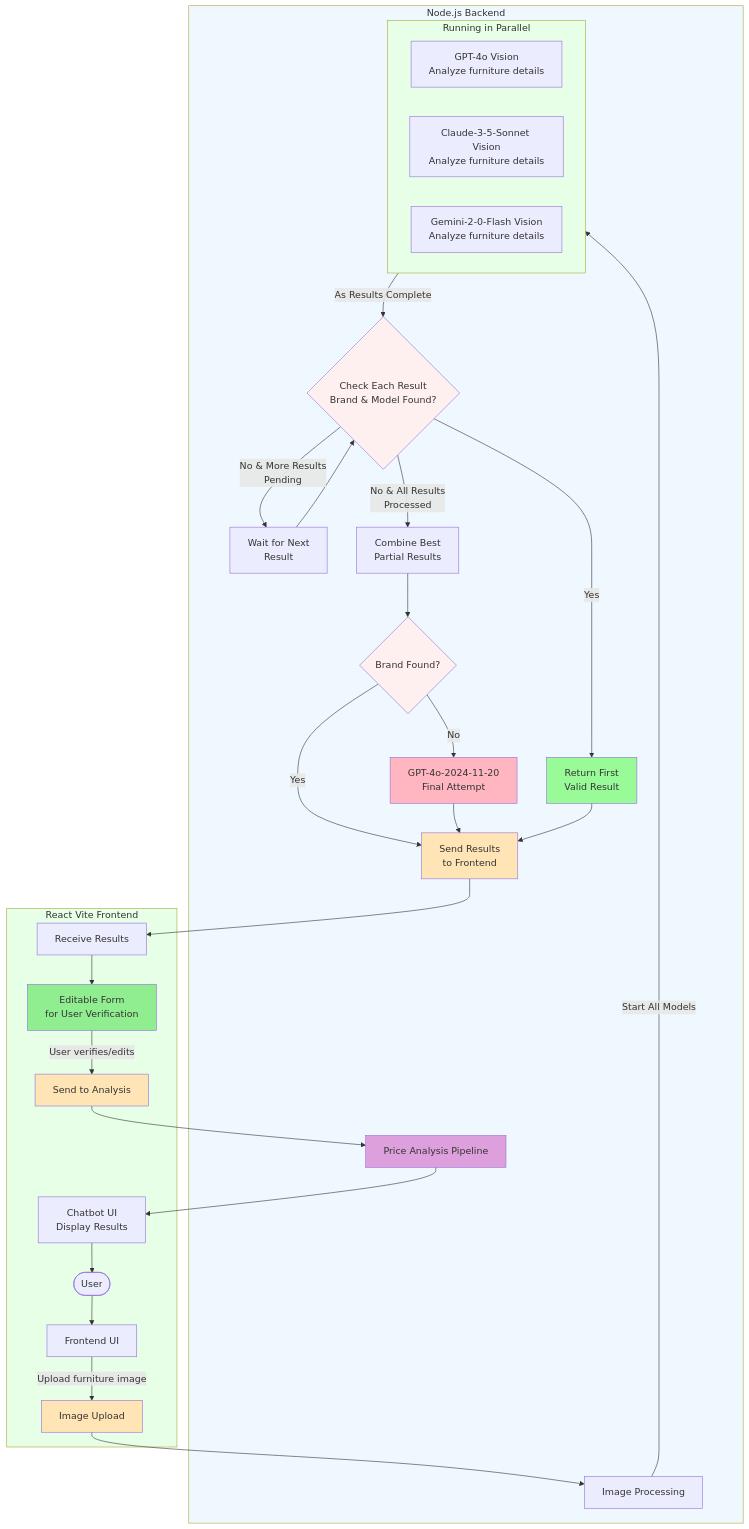
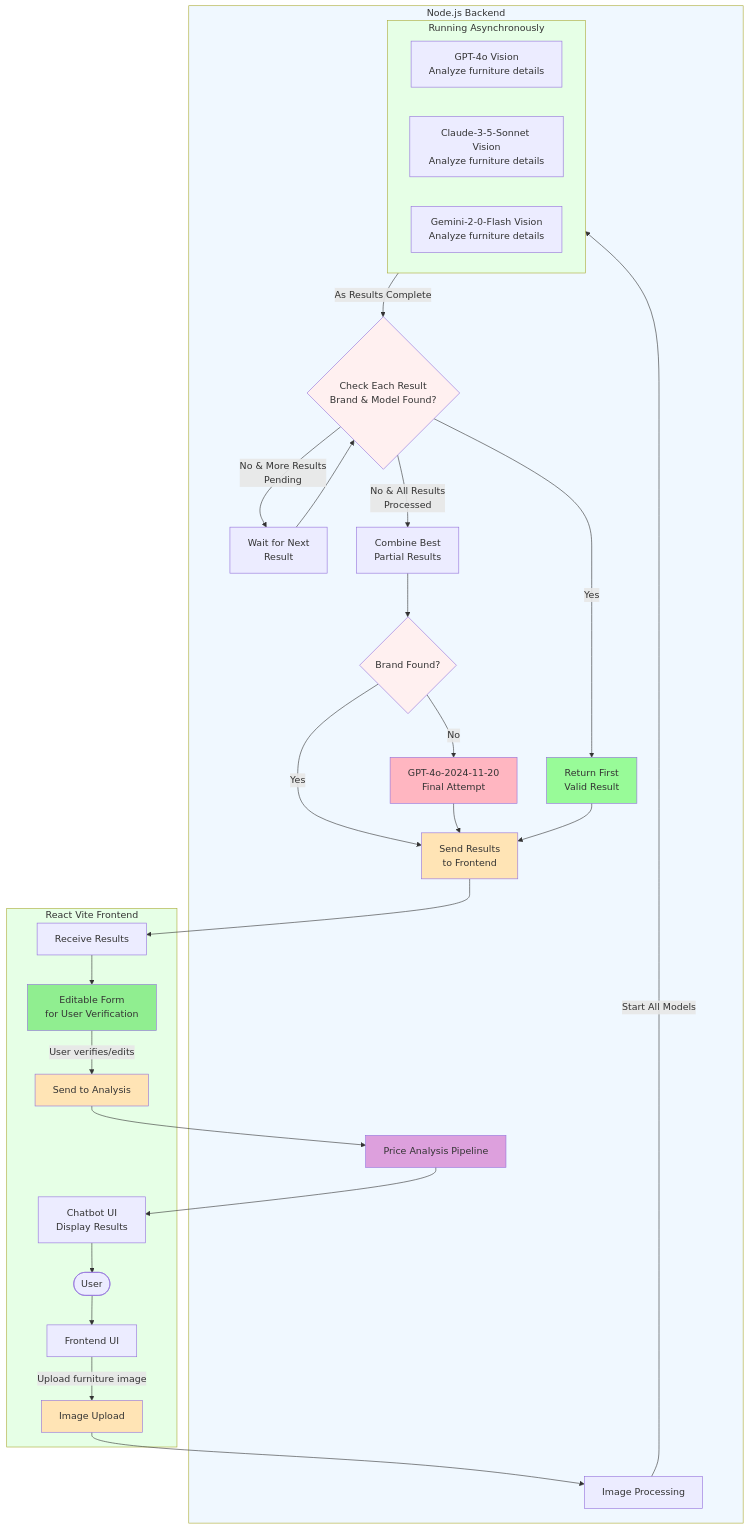
Before and after one commit to team-alya/kaluste-backend: the first of 2 diagrams in README.md, drawn with Mermaid.

Commit message:
update flowChart

````diff
--- a/README.md
+++ b/README.md
@@ -244,58 +244,58 @@
 ```mermaid
 flowchart TD
     User([User])
 
     subgraph FrontendProcessing[React Vite Frontend]
         User --> FrontendUI[Frontend UI]
         FrontendUI -->|Upload furniture image| ImageUpload[Image Upload]
         ResultsReceived[Receive Results] --> EditableForm[Editable Form<br>for User Verification]
         EditableForm -->|User verifies/edits| SendToAnalysis[Send to Analysis]
         Chatbot[Chatbot UI<br>Display Results] --> User
     end
 
     ImageUpload --> ImageProcess[Image Processing]
 
     subgraph NodeBackend[Node.js Backend]
         ImageProcess --> |Start All Models| AsyncModels[Async Vision Models]
 
-        subgraph AsyncModels[Running in Parallel]
+        subgraph AsyncModels[Running Asynchronously]
             direction LR
             GPT4[GPT-4o Vision<br>Analyze furniture details]
             Claude[Claude-3-5-Sonnet Vision<br>Analyze furniture details]
             Gemini[Gemini-2-0-Flash Vision<br>Analyze furniture details]
         end
 
         AsyncModels --> |As Results Complete| ResultCheck{Check Each Result<br>Brand & Model Found?}
 
         ResultCheck -->|Yes| StopAndUse[Return First<br>Valid Result]
         ResultCheck -->|No & More Results<br>Pending| WaitNext[Wait for Next<br>Result]
         WaitNext --> ResultCheck
 
         ResultCheck -->|No & All Results<br>Processed| CombineResults[Combine Best<br>Partial Results]
 
         CombineResults --> CheckBrand{Brand Found?}
         CheckBrand -->|Yes| SendToFrontend[Send Results<br>to Frontend]
         CheckBrand -->|No| FinalGPT4[GPT-4o-2024-11-20<br>Final Attempt]
         FinalGPT4 --> SendToFrontend
 
         StopAndUse --> SendToFrontend
         
         SendToFrontend --> ResultsReceived
         
         SendToAnalysis --> PriceAnalysis[Price Analysis Pipeline]
         PriceAnalysis --> Chatbot
     end
 
     style NodeBackend fill:#f0f8ff
     style FrontendProcessing fill:#e6ffe6
     style AsyncModels fill:#e6ffe6
     style ResultCheck fill:#fff0f0
     style EditableForm fill:#90EE90
     style StopAndUse fill:#98FB98
     style FinalGPT4 fill:#FFB6C1
     style CheckBrand fill:#fff0f0
     style PriceAnalysis fill:#DDA0DD
     style SendToFrontend fill:#FFE4B5
     style ImageUpload fill:#FFE4B5
     style SendToAnalysis fill:#FFE4B5
 ```
````
